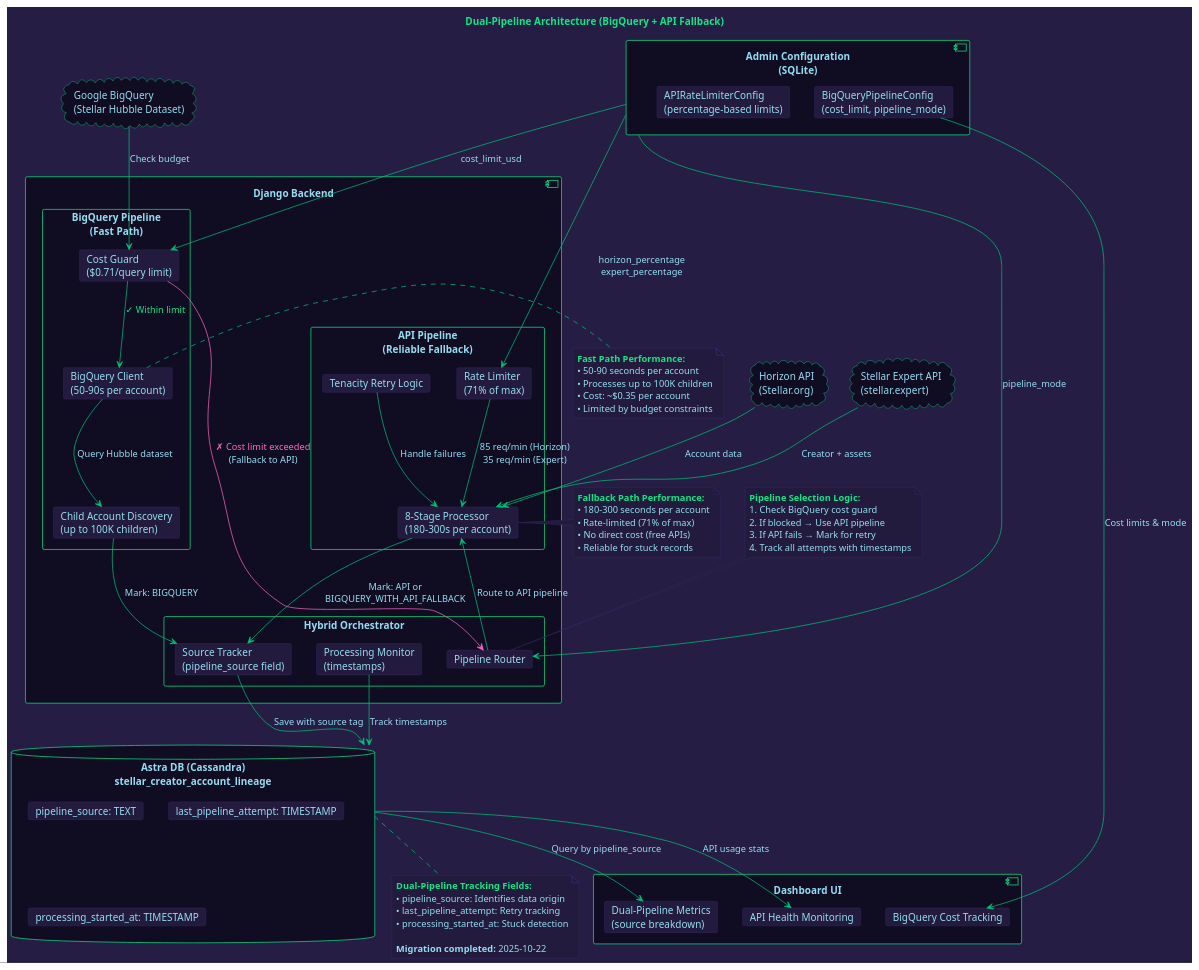
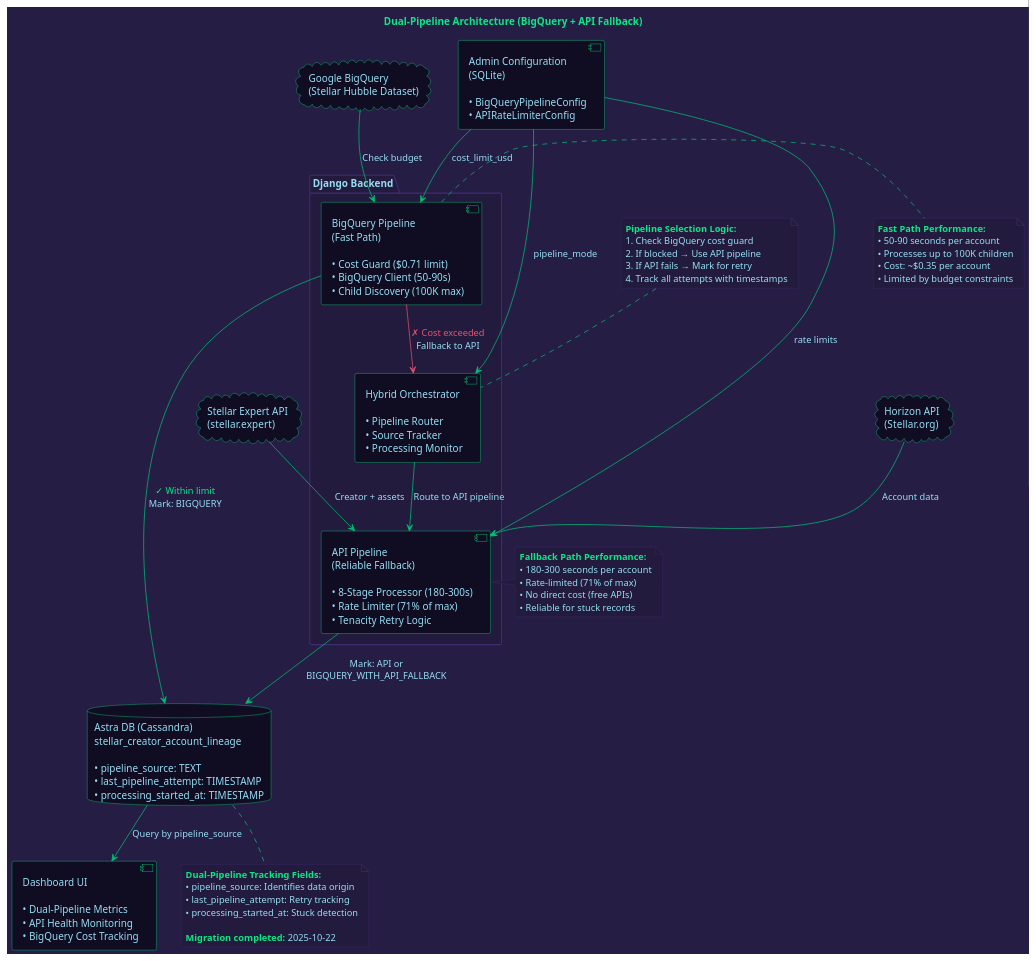
Before and after one commit to areveur51/StellarMapWeb: the diagram in diagrams/09_dual_pipeline_architecture.puml, drawn with PlantUML. The commit also changed 1 other file, not shown here.

Commit message:
Update diagram colors and component descriptions to better match theme
Modify colors and text within the diagrams to align with the cyberpunk theme and improve clarity of component functions.

Replit-Commit-Author: Agent
Replit-Commit-Session-Id: 012fa2c7-f88a-4717-afe1-8d8fa8f975c4
Replit-Commit-Checkpoint-Type: full_checkpoint
Replit-Commit-Screenshot-Url: https://storage.googleapis.com/screenshot-production-us-central1/ed66492b-107f-4361-8675-2b6bea535f9a/012fa2c7-f88a-4717-afe1-8d8fa8f975c4/LciD1ih

```diff
--- a/diagrams/09_dual_pipeline_architecture.puml
+++ b/diagrams/09_dual_pipeline_architecture.puml
@@ -1,149 +1,113 @@
 @startuml 09_dual_pipeline_architecture
 
 skinparam backgroundColor #261D45
 skinparam defaultFontColor #96DDF2
 
 skinparam component {
   BackgroundColor #100D23
   BorderColor #0BE784
   FontColor #96DDF2
   ArrowColor #01C176
 }
 
 skinparam cloud {
   BackgroundColor #100D23
   BorderColor #0BE784
   FontColor #96DDF2
 }
 
 skinparam database {
   BackgroundColor #100D23
   BorderColor #0BE784
   FontColor #96DDF2
 }
 
-skinparam rectangle {
-  BackgroundColor #100D23
-  BorderColor #0BE784
-  FontColor #96DDF2
-}
-
-skinparam card {
+skinparam package {
   BackgroundColor #231B3D
   BorderColor #3f2c70
   FontColor #96DDF2
 }
 
 skinparam note {
   BackgroundColor #231B3D
   BorderColor #3f2c70
   FontColor #96DDF2
 }
 
 title <color:#0BE784>Dual-Pipeline Architecture (BigQuery + API Fallback)
 
-' Define components
+' External Services
 cloud "Google BigQuery\n(Stellar Hubble Dataset)" as BigQuery
 cloud "Horizon API\n(Stellar.org)" as Horizon
 cloud "Stellar Expert API\n(stellar.expert)" as Expert
 
-component "Django Backend" as Backend {
-  rectangle "BigQuery Pipeline\n(Fast Path)" as BQPipeline {
-    card "Cost Guard\n($0.71/query limit)" as CostGuard
-    card "BigQuery Client\n(50-90s per account)" as BQClient
-    card "Child Account Discovery\n(up to 100K children)" as ChildDiscovery
-  }
-  
-  rectangle "API Pipeline\n(Reliable Fallback)" as APIPipeline {
-    card "8-Stage Processor\n(180-300s per account)" as Processor
-    card "Rate Limiter\n(71% of max)" as RateLimiter
-    card "Tenacity Retry Logic" as Retry
-  }
-  
-  rectangle "Hybrid Orchestrator" as Orchestrator {
-    card "Pipeline Router" as Router
-    card "Source Tracker\n(pipeline_source field)" as Tracker
-    card "Processing Monitor\n(timestamps)" as Monitor
-  }
+' Django Backend Components
+package "Django Backend" #231B3D {
+  component "BigQuery Pipeline\n(Fast Path)\n\n• Cost Guard ($0.71 limit)\n• BigQuery Client (50-90s)\n• Child Discovery (100K max)" as BQPipeline
+  component "API Pipeline\n(Reliable Fallback)\n\n• 8-Stage Processor (180-300s)\n• Rate Limiter (71% of max)\n• Tenacity Retry Logic" as APIPipeline
+  component "Hybrid Orchestrator\n\n• Pipeline Router\n• Source Tracker\n• Processing Monitor" as Orchestrator
 }
 
-database "Astra DB (Cassandra)\nstellar_creator_account_lineage" as Cassandra {
-  card "pipeline_source: TEXT" as Field1
-  card "last_pipeline_attempt: TIMESTAMP" as Field2
-  card "processing_started_at: TIMESTAMP" as Field3
-}
+' Database
+database "Astra DB (Cassandra)\nstellar_creator_account_lineage\n\n• pipeline_source: TEXT\n• last_pipeline_attempt: TIMESTAMP\n• processing_started_at: TIMESTAMP" as Cassandra
 
-component "Admin Configuration\n(SQLite)" as Admin {
-  card "BigQueryPipelineConfig\n(cost_limit, pipeline_mode)" as BQConfig
-  card "APIRateLimiterConfig\n(percentage-based limits)" as APIConfig
-}
+' Configuration
+component "Admin Configuration\n(SQLite)\n\n• BigQueryPipelineConfig\n• APIRateLimiterConfig" as Admin
 
-component "Dashboard UI" as Dashboard {
-  card "Dual-Pipeline Metrics\n(source breakdown)" as Metrics
-  card "API Health Monitoring" as Health
-  card "BigQuery Cost Tracking" as CostTrack
-}
+' Dashboard
+component "Dashboard UI\n\n• Dual-Pipeline Metrics\n• API Health Monitoring\n• BigQuery Cost Tracking" as Dashboard
 
 ' Main flow paths
-BigQuery --> CostGuard : Check budget
-CostGuard --> BQClient : <color:#0BE784>✓ Within limit
-CostGuard -[#FF6AC1]-> Router : <color:#FF6AC1>✗ Cost limit exceeded\n(Fallback to API)
-BQClient --> ChildDiscovery : Query Hubble dataset
-ChildDiscovery --> Tracker : Mark: BIGQUERY
+BigQuery -[#01C176]-> BQPipeline : Check budget
+BQPipeline -[#01C176]-> Cassandra : <color:#0BE784>✓ Within limit\n<color:#96DDF2>Mark: BIGQUERY
+BQPipeline -[#E5526F]-> Orchestrator : <color:#E5526F>✗ Cost exceeded\n<color:#96DDF2>Fallback to API
 
-Router --> Processor : Route to API pipeline
-Horizon --> Processor : Account data
-Expert --> Processor : Creator + assets
-RateLimiter --> Processor : 85 req/min (Horizon)\n35 req/min (Expert)
-Retry --> Processor : Handle failures
-Processor --> Tracker : Mark: API or\nBIGQUERY_WITH_API_FALLBACK
+Orchestrator -[#01C176]-> APIPipeline : Route to API pipeline
+Horizon -[#01C176]-> APIPipeline : Account data
+Expert -[#01C176]-> APIPipeline : Creator + assets
+
+APIPipeline -[#01C176]-> Cassandra : <color:#96DDF2>Mark: API or\nBIGQUERY_WITH_API_FALLBACK
 
 ' Configuration flows
-Admin --> CostGuard : cost_limit_usd
-Admin --> Router : pipeline_mode
-Admin --> RateLimiter : horizon_percentage\nexpert_percentage
-
-' Data persistence
-Tracker --> Cassandra : Save with source tag
-Monitor --> Cassandra : Track timestamps
+Admin -[#01C176]-> BQPipeline : cost_limit_usd
+Admin -[#01C176]-> Orchestrator : pipeline_mode
+Admin -[#01C176]-> APIPipeline : rate limits
 
 ' Dashboard display
-Cassandra --> Metrics : Query by pipeline_source
-Cassandra --> Health : API usage stats
-BQConfig --> CostTrack : Cost limits & mode
+Cassandra -[#01C176]-> Dashboard : Query by pipeline_source
 
 ' Performance annotations
-note right of BQClient
+note right of BQPipeline #231B3D
   <color:#0BE784><b>Fast Path Performance:</b></color>
-  • 50-90 seconds per account
-  • Processes up to 100K children
-  • Cost: ~$0.35 per account
-  • Limited by budget constraints
+  <color:#96DDF2>• 50-90 seconds per account
+  <color:#96DDF2>• Processes up to 100K children
+  <color:#96DDF2>• Cost: ~$0.35 per account
+  <color:#96DDF2>• Limited by budget constraints
 end note
 
-note right of Processor
+note right of APIPipeline #231B3D
   <color:#0BE784><b>Fallback Path Performance:</b></color>
-  • 180-300 seconds per account
-  • Rate-limited (71% of max)
-  • No direct cost (free APIs)
-  • Reliable for stuck records
+  <color:#96DDF2>• 180-300 seconds per account
+  <color:#96DDF2>• Rate-limited (71% of max)
+  <color:#96DDF2>• No direct cost (free APIs)
+  <color:#96DDF2>• Reliable for stuck records
 end note
 
-note bottom of Cassandra
+note bottom of Cassandra #231B3D
   <color:#0BE784><b>Dual-Pipeline Tracking Fields:</b></color>
-  • pipeline_source: Identifies data origin
-  • last_pipeline_attempt: Retry tracking
-  • processing_started_at: Stuck detection
+  <color:#96DDF2>• pipeline_source: Identifies data origin
+  <color:#96DDF2>• last_pipeline_attempt: Retry tracking
+  <color:#96DDF2>• processing_started_at: Stuck detection
   
-  <color:#96DDF2><b>Migration completed:</b> 2025-10-22</color>
+  <color:#0BE784><b>Migration completed:</b></color> <color:#96DDF2>2025-10-22</color>
 end note
 
-note top of Router
+note top of Orchestrator #231B3D
   <color:#0BE784><b>Pipeline Selection Logic:</b></color>
-  1. Check BigQuery cost guard
-  2. If blocked → Use API pipeline
-  3. If API fails → Mark for retry
-  4. Track all attempts with timestamps
+  <color:#96DDF2>1. Check BigQuery cost guard
+  <color:#96DDF2>2. If blocked → Use API pipeline
+  <color:#96DDF2>3. If API fails → Mark for retry
+  <color:#96DDF2>4. Track all attempts with timestamps
 end note
 
 @enduml
```
